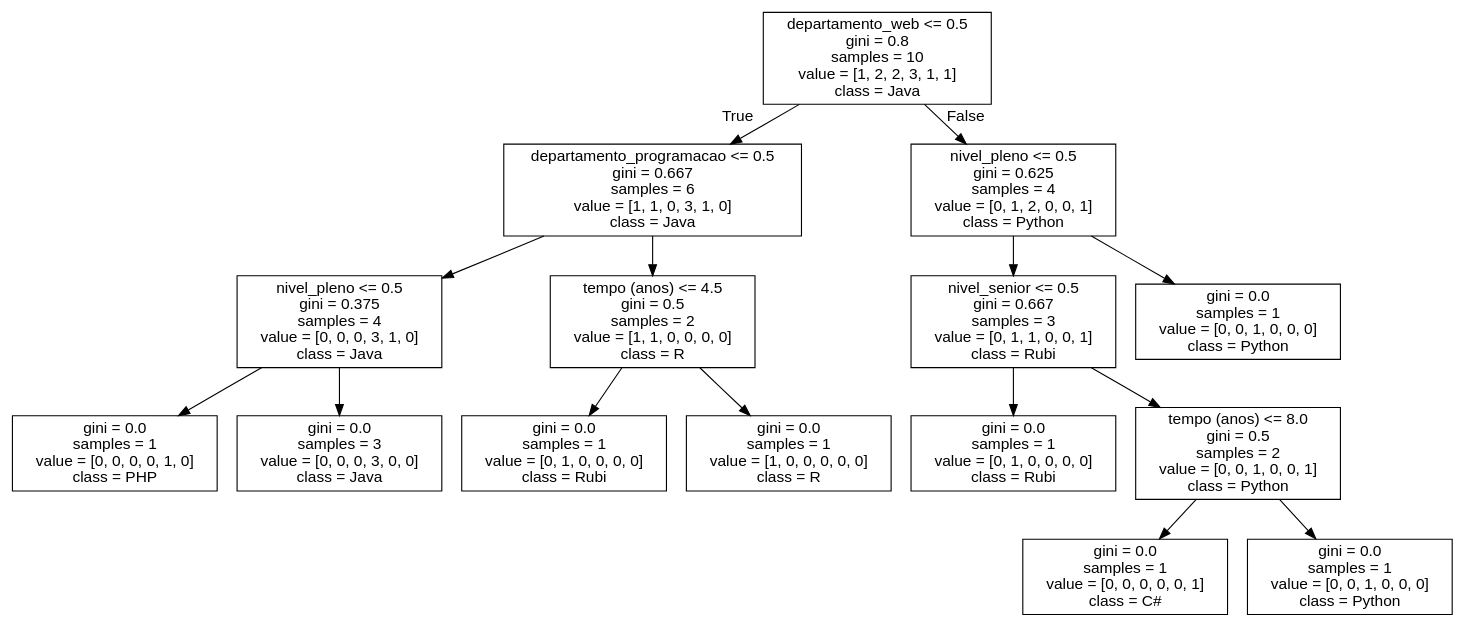
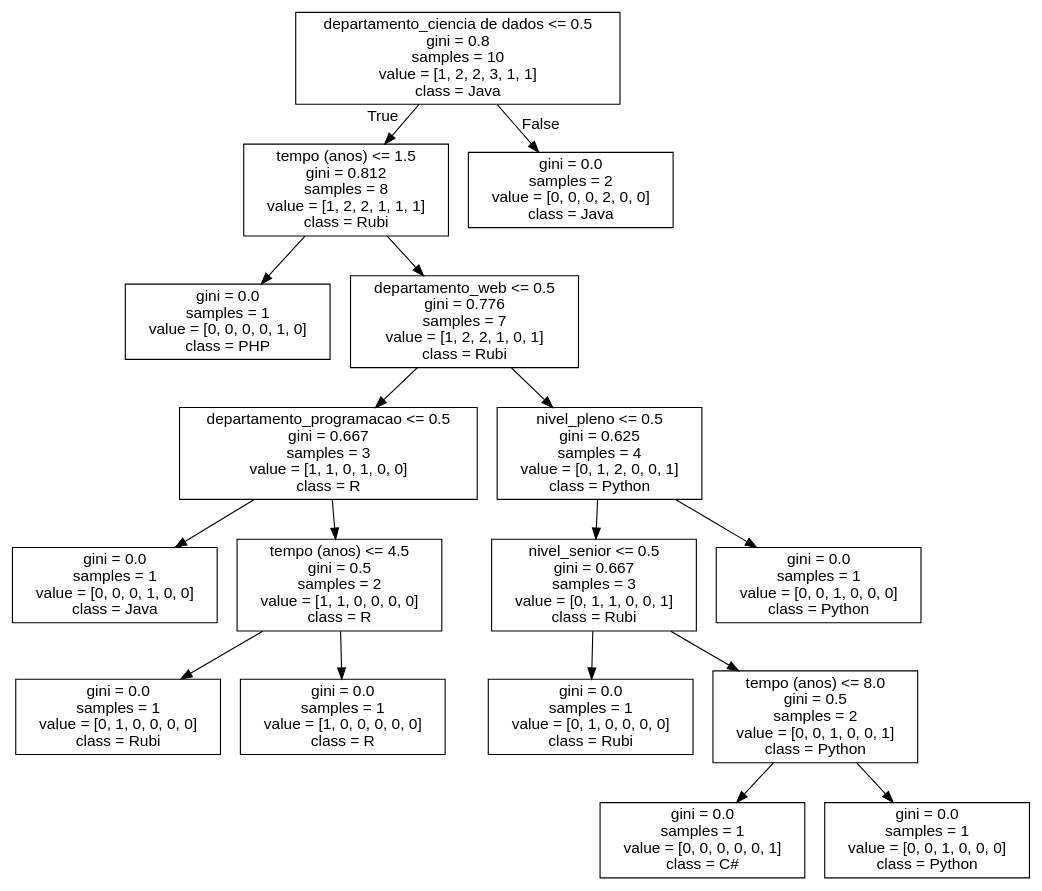
The diagram in arvore.dot (DevRafaelCena/machineLearning), drawn with Graphviz before and after one commit. The commit also changed 4 other files, not shown here.

```diff
--- a/arvore.dot
+++ b/arvore.dot
@@ -1,33 +1,37 @@
 digraph Tree {
 node [shape=box, fontname="helvetica"] ;
 edge [fontname="helvetica"] ;
-0 [label="departamento_web <= 0.5\ngini = 0.8\nsamples = 10\nvalue = [1, 2, 2, 3, 1, 1]\nclass = Java"] ;
-1 [label="departamento_programacao <= 0.5\ngini = 0.667\nsamples = 6\nvalue = [1, 1, 0, 3, 1, 0]\nclass = Java"] ;
+0 [label="departamento_ciencia de dados <= 0.5\ngini = 0.8\nsamples = 10\nvalue = [1, 2, 2, 3, 1, 1]\nclass = Java"] ;
+1 [label="tempo (anos) <= 1.5\ngini = 0.812\nsamples = 8\nvalue = [1, 2, 2, 1, 1, 1]\nclass = Rubi"] ;
 0 -> 1 [labeldistance=2.5, labelangle=45, headlabel="True"] ;
-2 [label="nivel_pleno <= 0.5\ngini = 0.375\nsamples = 4\nvalue = [0, 0, 0, 3, 1, 0]\nclass = Java"] ;
+2 [label="gini = 0.0\nsamples = 1\nvalue = [0, 0, 0, 0, 1, 0]\nclass = PHP"] ;
 1 -> 2 ;
-3 [label="gini = 0.0\nsamples = 1\nvalue = [0, 0, 0, 0, 1, 0]\nclass = PHP"] ;
-2 -> 3 ;
-4 [label="gini = 0.0\nsamples = 3\nvalue = [0, 0, 0, 3, 0, 0]\nclass = Java"] ;
-2 -> 4 ;
-5 [label="tempo (anos) <= 4.5\ngini = 0.5\nsamples = 2\nvalue = [1, 1, 0, 0, 0, 0]\nclass = R"] ;
-1 -> 5 ;
-6 [label="gini = 0.0\nsamples = 1\nvalue = [0, 1, 0, 0, 0, 0]\nclass = Rubi"] ;
-5 -> 6 ;
-7 [label="gini = 0.0\nsamples = 1\nvalue = [1, 0, 0, 0, 0, 0]\nclass = R"] ;
-5 -> 7 ;
-8 [label="nivel_pleno <= 0.5\ngini = 0.625\nsamples = 4\nvalue = [0, 1, 2, 0, 0, 1]\nclass = Python"] ;
-0 -> 8 [labeldistance=2.5, labelangle=-45, headlabel="False"] ;
-9 [label="nivel_senior <= 0.5\ngini = 0.667\nsamples = 3\nvalue = [0, 1, 1, 0, 0, 1]\nclass = Rubi"] ;
-8 -> 9 ;
-10 [label="gini = 0.0\nsamples = 1\nvalue = [0, 1, 0, 0, 0, 0]\nclass = Rubi"] ;
+3 [label="departamento_web <= 0.5\ngini = 0.776\nsamples = 7\nvalue = [1, 2, 2, 1, 0, 1]\nclass = Rubi"] ;
+1 -> 3 ;
+4 [label="departamento_programacao <= 0.5\ngini = 0.667\nsamples = 3\nvalue = [1, 1, 0, 1, 0, 0]\nclass = R"] ;
+3 -> 4 ;
+5 [label="gini = 0.0\nsamples = 1\nvalue = [0, 0, 0, 1, 0, 0]\nclass = Java"] ;
+4 -> 5 ;
+6 [label="tempo (anos) <= 4.5\ngini = 0.5\nsamples = 2\nvalue = [1, 1, 0, 0, 0, 0]\nclass = R"] ;
+4 -> 6 ;
+7 [label="gini = 0.0\nsamples = 1\nvalue = [0, 1, 0, 0, 0, 0]\nclass = Rubi"] ;
+6 -> 7 ;
+8 [label="gini = 0.0\nsamples = 1\nvalue = [1, 0, 0, 0, 0, 0]\nclass = R"] ;
+6 -> 8 ;
+9 [label="nivel_pleno <= 0.5\ngini = 0.625\nsamples = 4\nvalue = [0, 1, 2, 0, 0, 1]\nclass = Python"] ;
+3 -> 9 ;
+10 [label="nivel_senior <= 0.5\ngini = 0.667\nsamples = 3\nvalue = [0, 1, 1, 0, 0, 1]\nclass = Rubi"] ;
 9 -> 10 ;
-11 [label="tempo (anos) <= 8.0\ngini = 0.5\nsamples = 2\nvalue = [0, 0, 1, 0, 0, 1]\nclass = Python"] ;
-9 -> 11 ;
-12 [label="gini = 0.0\nsamples = 1\nvalue = [0, 0, 0, 0, 0, 1]\nclass = C#"] ;
-11 -> 12 ;
-13 [label="gini = 0.0\nsamples = 1\nvalue = [0, 0, 1, 0, 0, 0]\nclass = Python"] ;
-11 -> 13 ;
+11 [label="gini = 0.0\nsamples = 1\nvalue = [0, 1, 0, 0, 0, 0]\nclass = Rubi"] ;
+10 -> 11 ;
+12 [label="tempo (anos) <= 8.0\ngini = 0.5\nsamples = 2\nvalue = [0, 0, 1, 0, 0, 1]\nclass = Python"] ;
+10 -> 12 ;
+13 [label="gini = 0.0\nsamples = 1\nvalue = [0, 0, 0, 0, 0, 1]\nclass = C#"] ;
+12 -> 13 ;
 14 [label="gini = 0.0\nsamples = 1\nvalue = [0, 0, 1, 0, 0, 0]\nclass = Python"] ;
-8 -> 14 ;
+12 -> 14 ;
+15 [label="gini = 0.0\nsamples = 1\nvalue = [0, 0, 1, 0, 0, 0]\nclass = Python"] ;
+9 -> 15 ;
+16 [label="gini = 0.0\nsamples = 2\nvalue = [0, 0, 0, 2, 0, 0]\nclass = Java"] ;
+0 -> 16 [labeldistance=2.5, labelangle=-45, headlabel="False"] ;
 }
```
